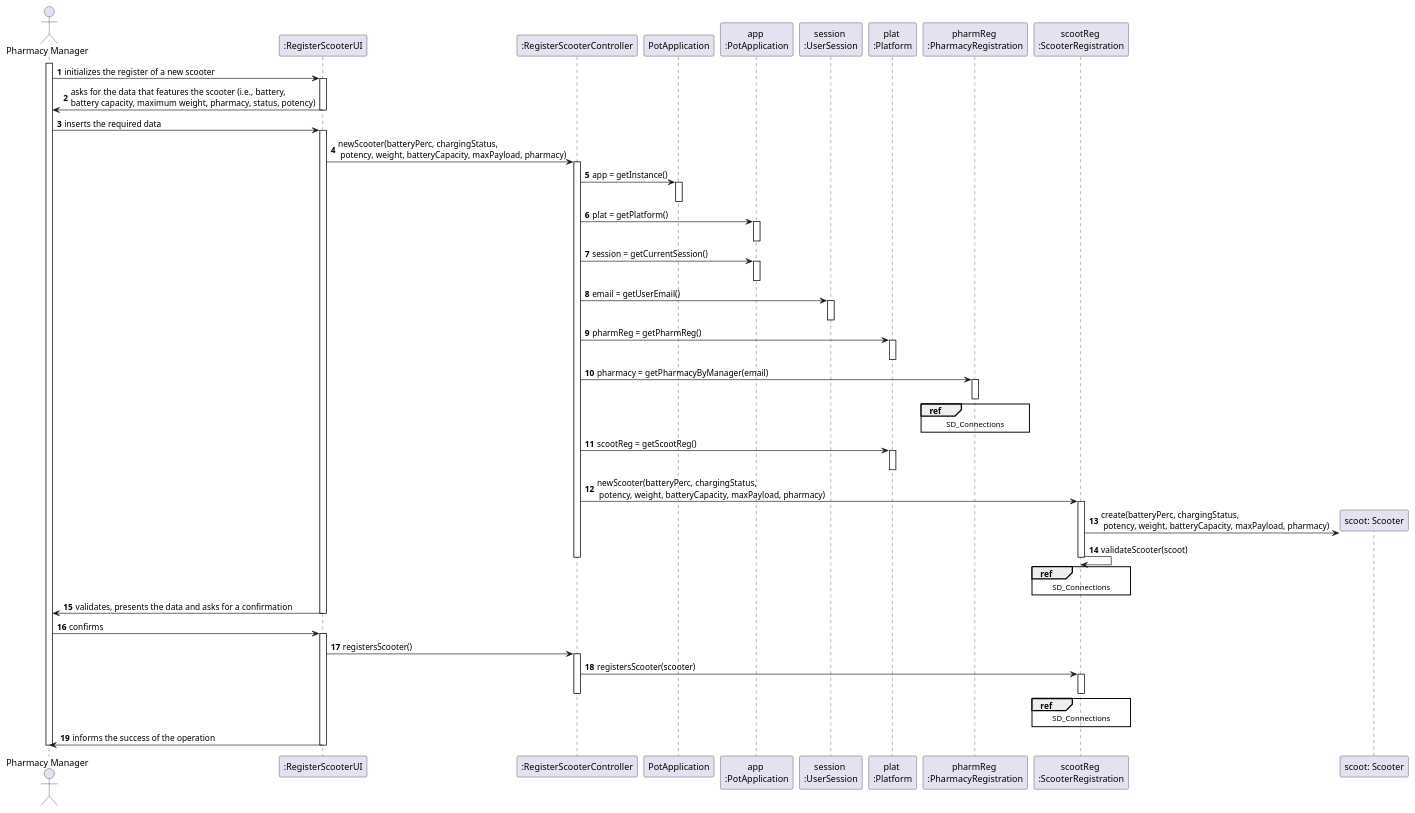
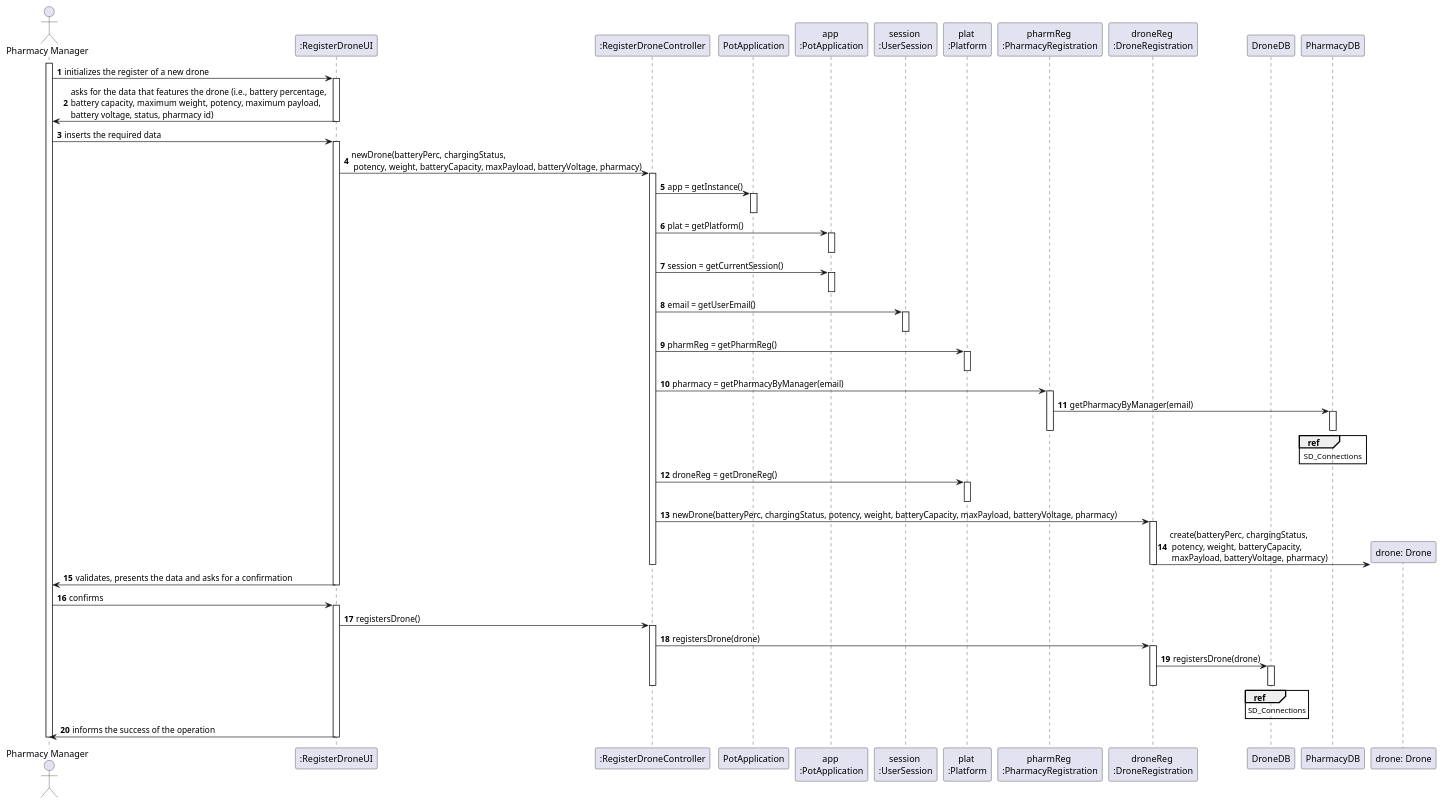
One commit to tiagoavcosta25/LAPR3 changed the diagram in docs/Iteration 2/Drone Management/US193_RegisterDrone/US193_SD.puml. Above: the diagram before and after it, drawn with PlantUML. The commit also changed 3 other files, not shown here.

Commit message:
LAPR2AP2-236 #close Register Drone [Design]

```diff
--- a/docs/Iteration 2/Drone Management/US193_RegisterDrone/US193_SD.puml
+++ b/docs/Iteration 2/Drone Management/US193_RegisterDrone/US193_SD.puml
@@ -1,82 +1,87 @@
 @startuml
 autonumber
 actor "Pharmacy Manager" as PHARMAN
 
-participant ":RegisterScooterUI" as UI
-participant ":RegisterScooterController" as CTRL
+participant ":RegisterDroneUI" as UI
+participant ":RegisterDroneController" as CTRL
 participant "PotApplication" as PA
 participant "app \n:PotApplication" as APA
 participant "session \n:UserSession" as US
 participant "plat \n:Platform" as PLAT
 participant "pharmReg \n:PharmacyRegistration" as PH
-participant "scootReg \n:ScooterRegistration" as RS
-participant "scoot: Scooter" as SC
+participant "droneReg \n:DroneRegistration" as RD
+participant "DroneDB" as DDB
+participant "PharmacyDB" as PDB
+participant "drone: Drone" as D
 
 
 
 activate PHARMAN
 
-PHARMAN -> UI : initializes the register of a new scooter
+PHARMAN -> UI : initializes the register of a new drone
 activate UI
-UI -> PHARMAN : asks for the data that features the scooter (i.e., battery, \nbattery capacity, maximum weight, pharmacy, status, potency)
+UI -> PHARMAN : asks for the data that features the drone (i.e., battery percentage, \nbattery capacity, maximum weight, potency, maximum payload, \nbattery voltage, status, pharmacy id)
 deactivate UI
 
 PHARMAN -> UI : inserts the required data
 activate UI
-UI -> CTRL : newScooter(batteryPerc, chargingStatus,\n potency, weight, batteryCapacity, maxPayload, pharmacy)
+UI -> CTRL : newDrone(batteryPerc, chargingStatus,\n potency, weight, batteryCapacity, maxPayload, batteryVoltage, pharmacy)
 activate CTRL
 CTRL -> PA : app = getInstance()
 activate PA
 deactivate PA
 CTRL -> APA : plat = getPlatform()
 activate APA
 deactivate APA
 CTRL -> APA : session = getCurrentSession()
 activate APA
 deactivate APA
 CTRL -> US : email = getUserEmail()
 activate US
 deactivate US
 CTRL -> PLAT : pharmReg = getPharmReg()
 activate PLAT
 deactivate PLAT
 CTRL -> PH : pharmacy = getPharmacyByManager(email)
 activate PH
-ref over PH
+PH -> PDB : getPharmacyByManager(email)
+activate PDB
+ref over PDB
 SD_Connections
 end ref
 deactivate PH
-CTRL -> PLAT : scootReg = getScootReg()
+deactivate PDB
+CTRL -> PLAT : droneReg = getDroneReg()
 activate PLAT
 deactivate PLAT
-CTRL -> RS : newScooter(batteryPerc, chargingStatus,\n potency, weight, batteryCapacity, maxPayload, pharmacy)
-activate RS
-RS -> SC ** : create(batteryPerc, chargingStatus,\n potency, weight, batteryCapacity, maxPayload, pharmacy)
-RS -> RS : validateScooter(scoot)
-ref over RS
-SD_Connections
-end ref
-deactivate RS
+CTRL -> RD : newDrone(batteryPerc, chargingStatus, potency, weight, batteryCapacity, maxPayload, batteryVoltage, pharmacy)
+activate RD
+RD -> D ** : create(batteryPerc, chargingStatus,\n potency, weight, batteryCapacity,\n maxPayload, batteryVoltage, pharmacy)
+deactivate DDB
 deactivate CTRL
+deactivate RD
 
 
 UI -> PHARMAN : validates, presents the data and asks for a confirmation
 deactivate UI
 
 PHARMAN -> UI : confirms
 activate UI
-UI -> CTRL : registersScooter()
+UI -> CTRL : registersDrone()
 activate CTRL
-CTRL -> RS : registersScooter(scooter)
-activate RS
-ref over RS
+CTRL -> RD : registersDrone(drone)
+activate RD
+RD -> DDB : registersDrone(drone)
+activate DDB
+ref over DDB
 SD_Connections
 end ref
-deactivate RS
+deactivate DDB
+deactivate RD
 deactivate CTRL
 UI -> PHARMAN : informs the success of the operation
 deactivate UI
 
 deactivate PHARMAN
 
 @enduml
```
